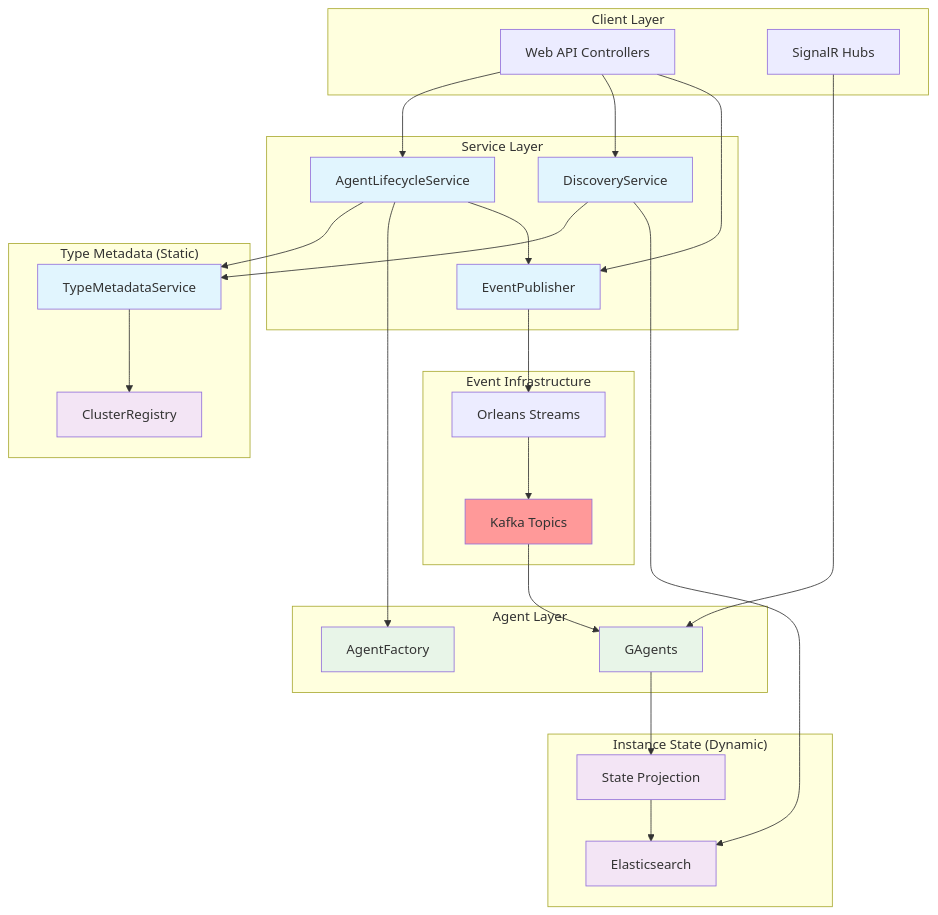
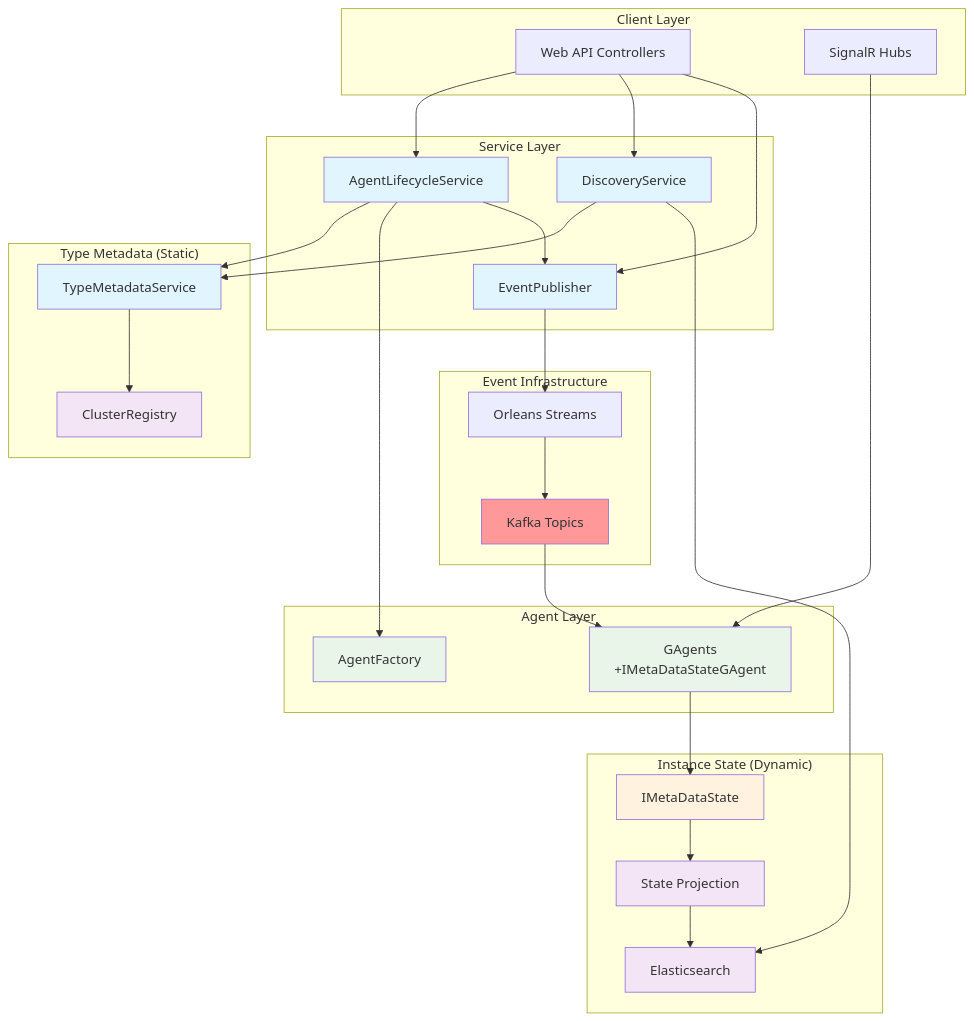
One commit to aevatarAI/aevatar-station changed the first of 6 diagrams in Agent-Management-Architecture-Proposal.md. Above: the diagram before and after it, drawn with Mermaid. The commit also changed other lines of this file, not shown here.

First line of the commit message:
docs: integrate IMetaDataStateGAgent context into architecture proposal

````diff
--- a/Agent-Management-Architecture-Proposal.md
+++ b/Agent-Management-Architecture-Proposal.md
@@ -20,59 +22,63 @@
 ```mermaid
 graph TB
     subgraph "Client Layer"
         API[Web API Controllers]
         SH[SignalR Hubs]
     end
     
     subgraph "Service Layer"
         ALS[AgentLifecycleService]
         DS[DiscoveryService]
         EP[EventPublisher]
     end
     
     subgraph "Type Metadata (Static)"
         TMS[TypeMetadataService]
         Registry[ClusterRegistry]
     end
     
     subgraph "Agent Layer"
-        GA[GAgents]
+        GA[GAgents<br/>+IMetaDataStateGAgent]
         AF[AgentFactory]
     end
     
     subgraph "Instance State (Dynamic)"
         ES[Elasticsearch]
         Pipeline[State Projection]
+        IMS[IMetaDataState]
     end
     
     subgraph "Event Infrastructure"
         K[Kafka Topics]
         OStreams[Orleans Streams]
     end
     
     API --> ALS
     API --> DS
     API --> EP
     EP --> OStreams
     OStreams --> K
     K --> GA
     SH --> GA
     ALS --> TMS
     ALS --> AF
     ALS --> EP
     DS --> TMS
     DS --> ES
-    GA --> Pipeline
+    GA --> IMS
+    IMS --> Pipeline
     Pipeline --> ES
     TMS --> Registry
     
     classDef service fill:#e1f5fe
     classDef data fill:#f3e5f5
     classDef agent fill:#e8f5e8
     classDef kafka fill:#ff9999
+    classDef interface fill:#fff3e0
     
     class ALS,DS,TMS,EP service
     class ES,Registry,Pipeline data
     class GA,AF agent
     class K kafka
+    class IMS interface
 ```
````
